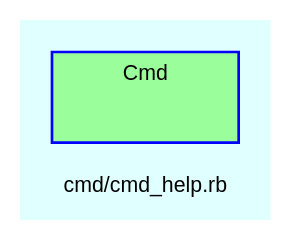
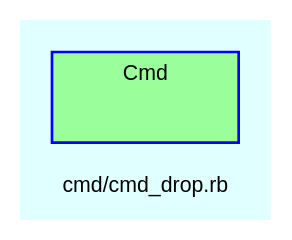
The diagram in doc/dot/f_6.dot (Tyche/teensymud), drawn with Graphviz before and after one commit. The commit also changed 65 other files, not shown here.

```diff
--- a/doc/dot/f_6.dot
+++ b/doc/dot/f_6.dot
@@ -1,29 +1,29 @@
 digraph TopLevel {
     compound = true
     bgcolor = lightcyan1
     fontname = Arial
     fontsize = 8
-    label = "cmd/cmd_help.rb"
+    label = "cmd/cmd_drop.rb"
     node [
         fontname = Arial,
         fontsize = 8,
         color = black
     ]
 
     subgraph cluster_Cmd {
         fillcolor = palegreen1
         URL = "classes/Cmd.html"
         fontname = Arial
         color = blue
         label = "Cmd"
         style = filled
         Cmd [
             shape = plaintext,
             height = 0.01,
             width = 0.75,
             label = ""
         ]
 
     }
 
 }
```
